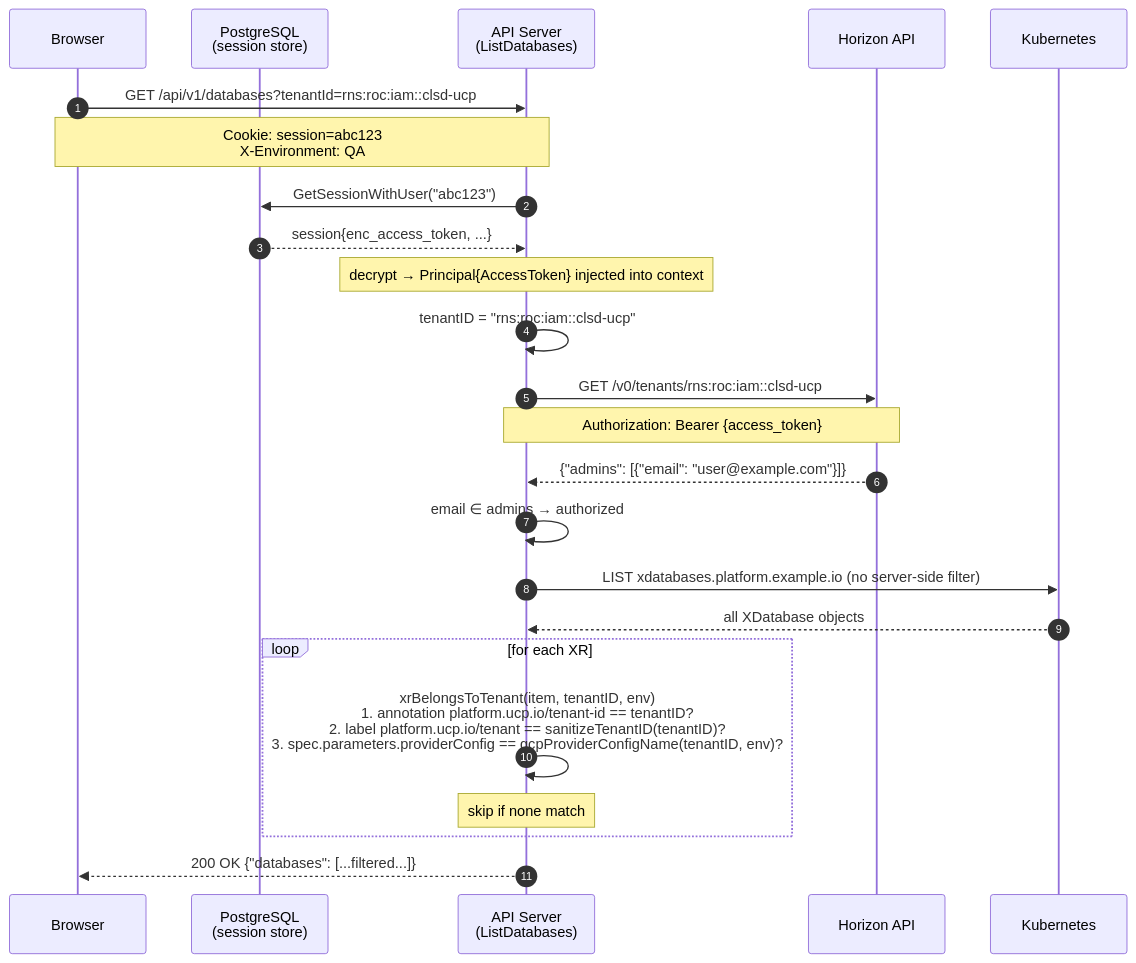
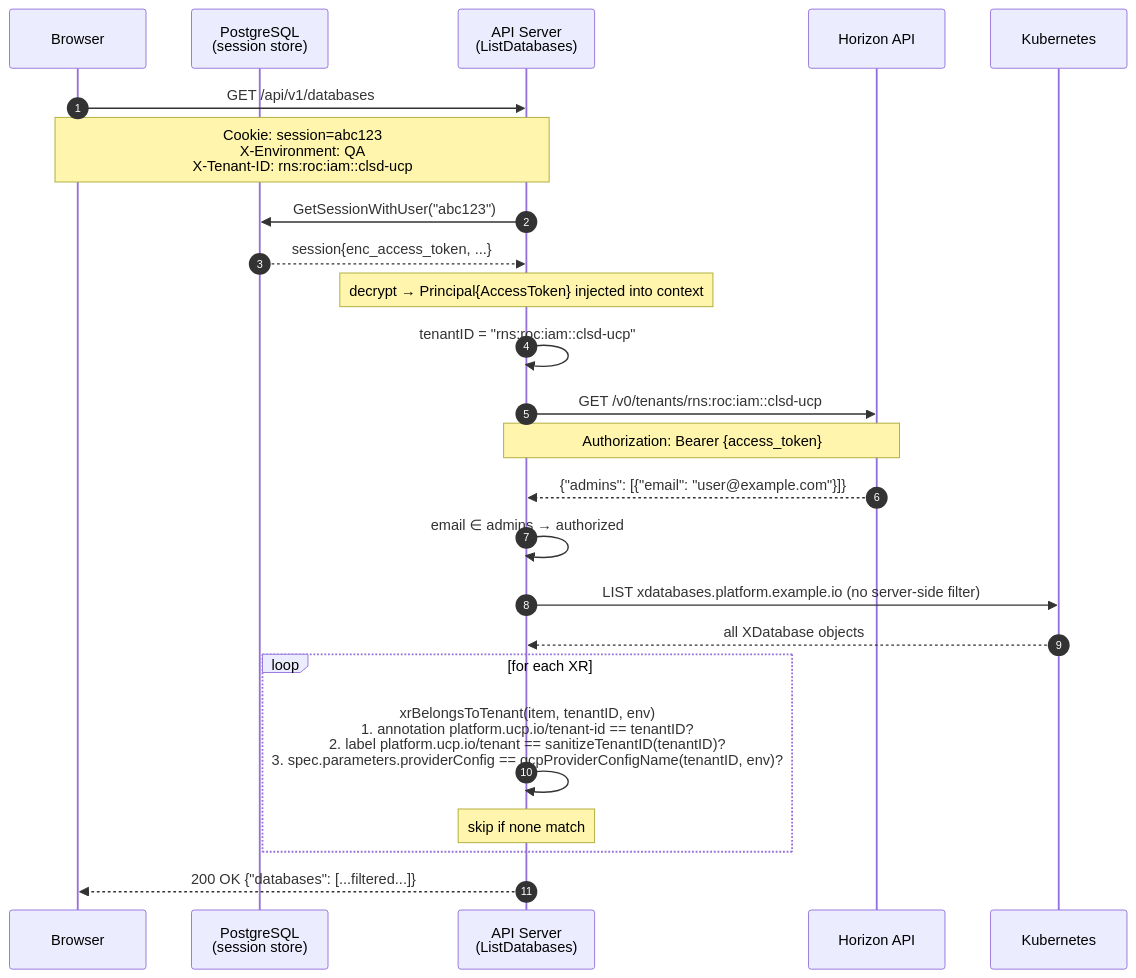
Before and after one commit to aripermana-putra/ucp-docs-collection: the first of 2 diagrams in docs/projects/universal-control-plane-ucp/pocs/tenant-isolation/implementation.md, drawn with Mermaid. The commit also changed other lines of this file and 1 other file, not shown here.

Commit message:
docs: update tenant isolation docs to reflect X-Tenant-ID header replacing query param

````diff
--- a/docs/projects/universal-control-plane-ucp/pocs/tenant-isolation/implementation.md
+++ b/docs/projects/universal-control-plane-ucp/pocs/tenant-isolation/implementation.md
@@ -67,34 +67,34 @@
 ```mermaid
 sequenceDiagram
     autonumber
 
     participant Browser
     participant SessionDB as PostgreSQL<br/>(session store)
     participant Handler as API Server<br/>(ListDatabases)
     participant Horizon as Horizon API
     participant K8s as Kubernetes
 
-    Browser->>Handler: GET /api/v1/databases?tenantId=rns:roc:iam::clsd-ucp
-    Note over Browser,Handler: Cookie: session=abc123<br/>X-Environment: QA
+    Browser->>Handler: GET /api/v1/databases
+    Note over Browser,Handler: Cookie: session=abc123<br/>X-Environment: QA<br/>X-Tenant-ID: rns:roc:iam::clsd-ucp
 
     Handler->>SessionDB: GetSessionWithUser("abc123")
     SessionDB-->>Handler: session{enc_access_token, ...}
     Note over Handler: decrypt → Principal{AccessToken} injected into context
 
     Handler->>Handler: tenantID = "rns:roc:iam::clsd-ucp"
 
     Handler->>Horizon: GET /v0/tenants/rns:roc:iam::clsd-ucp
     Note over Handler,Horizon: Authorization: Bearer {access_token}
     Horizon-->>Handler: {"admins": [{"email": "user@example.com"}]}
     Handler->>Handler: email ∈ admins → authorized
 
     Handler->>K8s: LIST xdatabases.platform.example.io (no server-side filter)
     K8s-->>Handler: all XDatabase objects
 
     loop for each XR
         Handler->>Handler: xrBelongsToTenant(item, tenantID, env)<br/>1. annotation platform.ucp.io/tenant-id == tenantID?<br/>2. label platform.ucp.io/tenant == sanitizeTenantID(tenantID)?<br/>3. spec.parameters.providerConfig == gcpProviderConfigName(tenantID, env)?
         Note over Handler: skip if none match
     end
 
     Handler-->>Browser: 200 OK {"databases": [...filtered...]}
 ```
````
